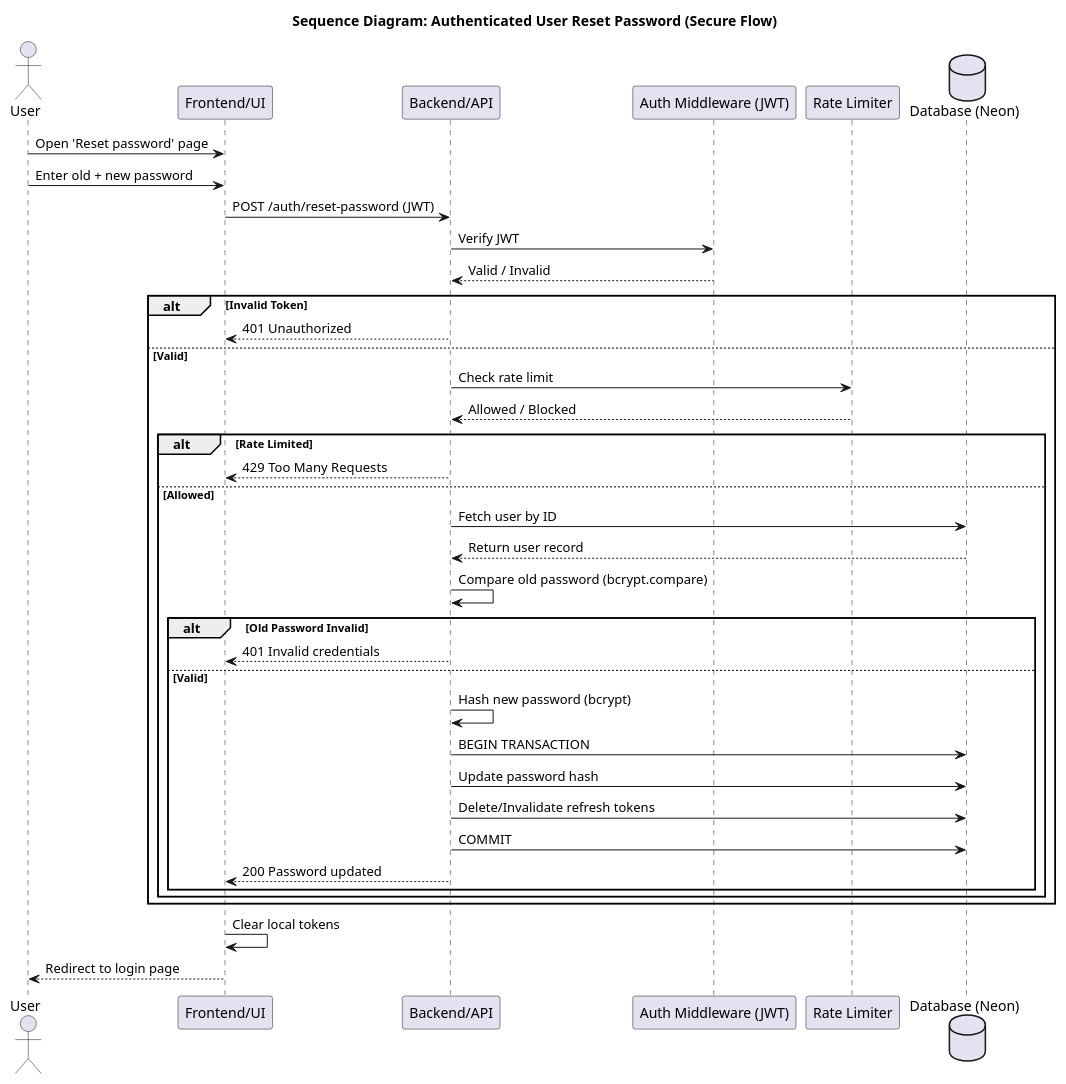
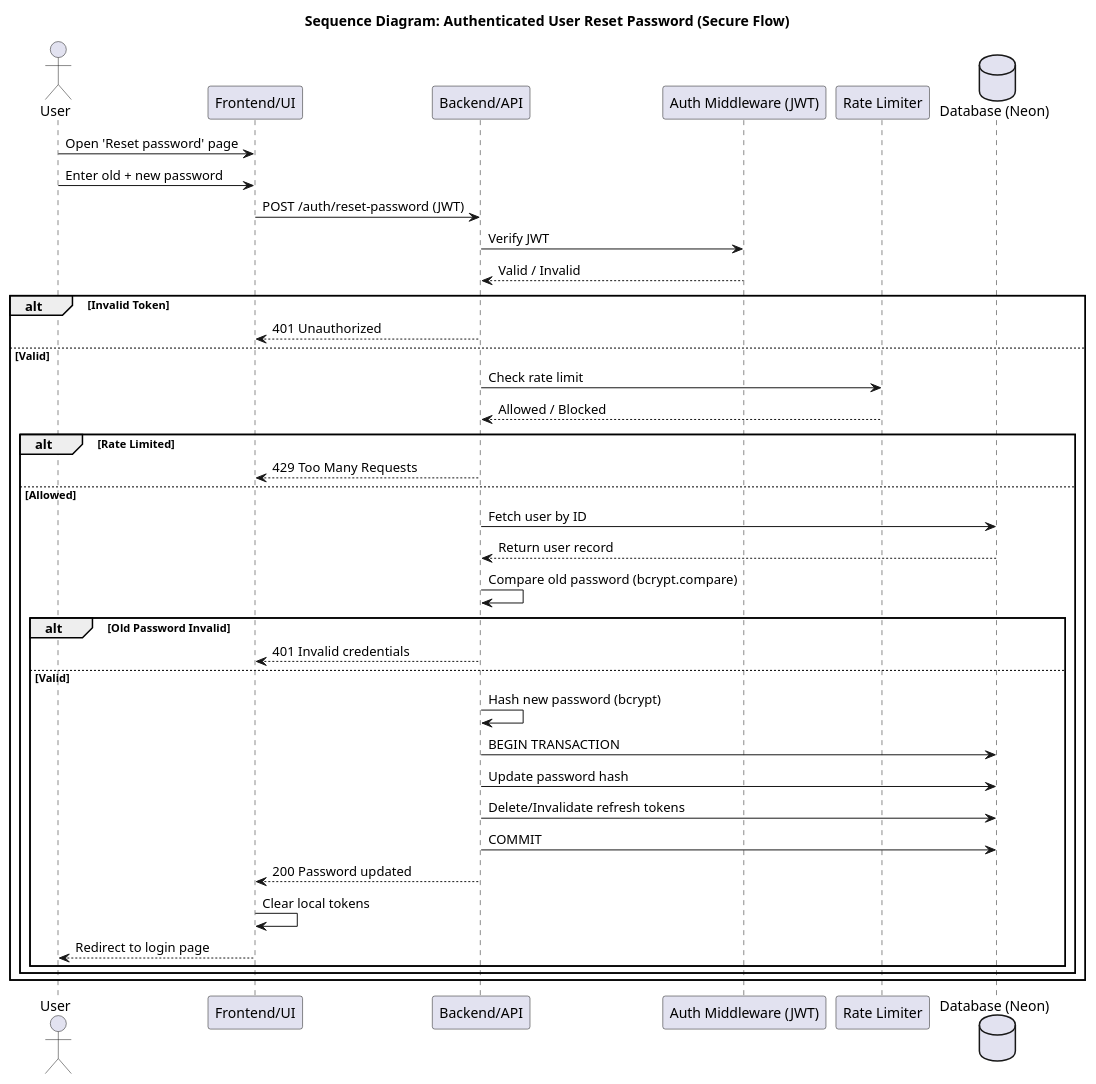
One commit to punyanuch-h/trl-research-frontend changed the diagram in sequence diagram/user/user_resetPassword.puml. Above: the diagram before and after it, drawn with PlantUML. The commit also changed 14 other files, not shown here.

```diff
--- a/sequence diagram/user/user_resetPassword.puml
+++ b/sequence diagram/user/user_resetPassword.puml
@@ -1,49 +1,49 @@
 @startuml
 title Sequence Diagram: Authenticated User Reset Password (Secure Flow)
 
 actor User
 participant "Frontend/UI" as UI
 participant "Backend/API" as API
 participant "Auth Middleware (JWT)" as AUTH
 participant "Rate Limiter" as RL
 database "Database (Neon)" as DB
 
 User -> UI: Open 'Reset password' page
 
 User -> UI: Enter old + new password
 UI -> API: POST /auth/reset-password (JWT)
 
 API -> AUTH: Verify JWT
 AUTH --> API: Valid / Invalid
 
 alt Invalid Token
     API --> UI: 401 Unauthorized
 else Valid
     API -> RL: Check rate limit
     RL --> API: Allowed / Blocked
 
     alt Rate Limited
         API --> UI: 429 Too Many Requests
     else Allowed
         API -> DB: Fetch user by ID
         DB --> API: Return user record
 
         API -> API: Compare old password (bcrypt.compare)
 
         alt Old Password Invalid
             API --> UI: 401 Invalid credentials
         else Valid
             API -> API: Hash new password (bcrypt)
             API -> DB: BEGIN TRANSACTION
             API -> DB: Update password hash
             API -> DB: Delete/Invalidate refresh tokens
             API -> DB: COMMIT
             API --> UI: 200 Password updated
+            UI -> UI: Clear local tokens
+            UI --> User: Redirect to login page
         end
     end
 end
 
-UI -> UI: Clear local tokens
-UI --> User: Redirect to login page
 
 @enduml
```
